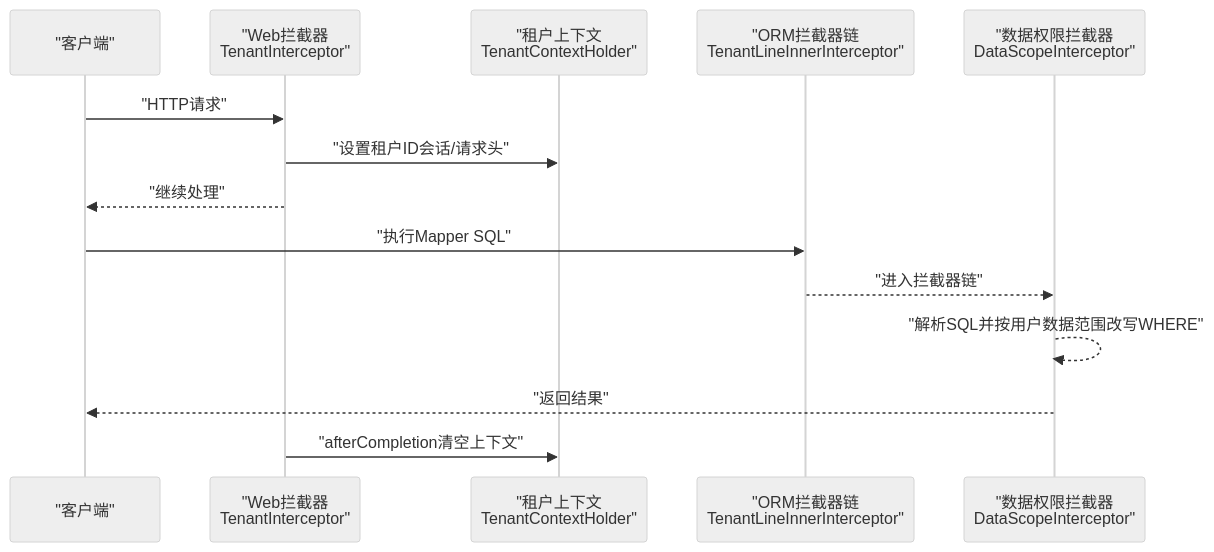
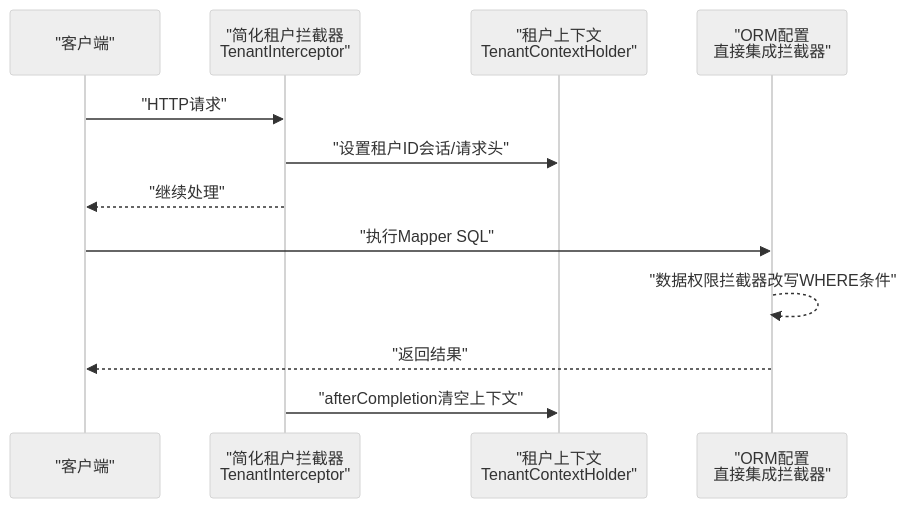
The second of 3 diagrams in .qoder/repowiki/zh/content/后端框架详解/数据管理模块/数据管理模块.md (yaomindong1996/forge-admin), drawn with Mermaid (neutral theme) before and after one commit. The commit also changed other lines of this file and 76 other files, not shown here.

````diff
--- a/.qoder/repowiki/zh/content/后端框架详解/数据管理模块/数据管理模块.md
+++ b/.qoder/repowiki/zh/content/后端框架详解/数据管理模块/数据管理模块.md
@@ -98,16 +112,14 @@
 ```mermaid
 sequenceDiagram
 participant C as "客户端"
-participant W as "Web拦截器<br/>TenantInterceptor"
+participant W as "简化租户拦截器<br/>TenantInterceptor"
 participant CTX as "租户上下文<br/>TenantContextHolder"
-participant ORM as "ORM拦截器链<br/>TenantLineInnerInterceptor"
-participant DS as "数据权限拦截器<br/>DataScopeInterceptor"
+participant ORM as "ORM配置<br/>直接集成拦截器"
 C->>W : "HTTP请求"
 W->>CTX : "设置租户ID会话/请求头"
 W-->>C : "继续处理"
 C->>ORM : "执行Mapper SQL"
-ORM-->>DS : "进入拦截器链"
-DS-->>DS : "解析SQL并按用户数据范围改写WHERE"
-DS-->>C : "返回结果"
+ORM-->>ORM : "数据权限拦截器改写WHERE条件"
+ORM-->>C : "返回结果"
 W->>CTX : "afterCompletion清空上下文"
 ```
````
